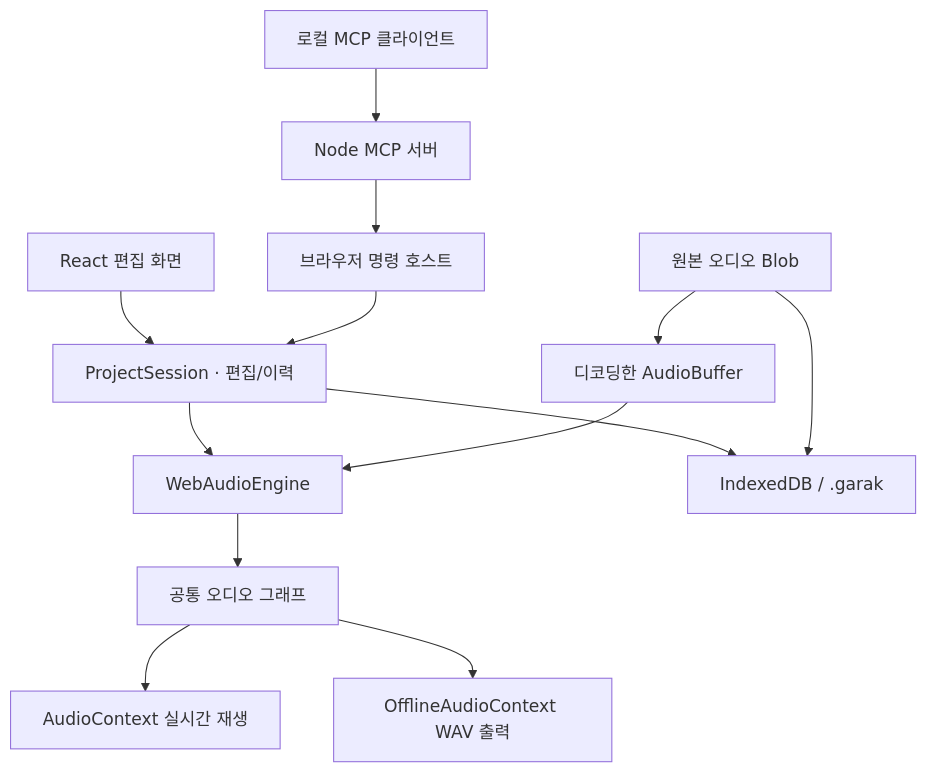
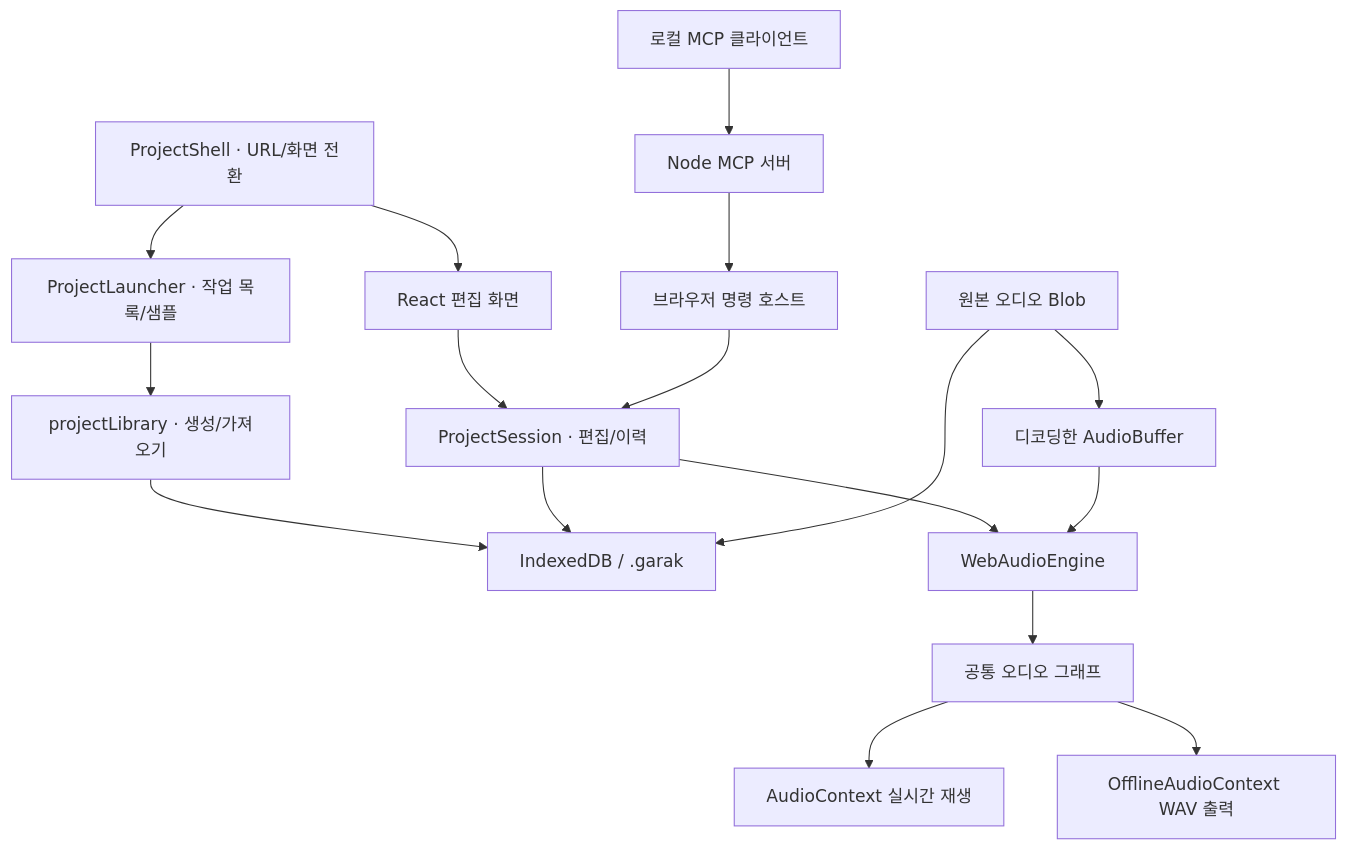
One commit to songchez/garak-ieum changed the diagram in docs/ARCHITECTURE.md. Above: the diagram before and after it, drawn with Mermaid. The commit also changed other lines of this file and 26 other files, not shown here.

Commit message:
feat: add project launcher, URL routing and three gugak arrangements

````diff
--- a/docs/ARCHITECTURE.md
+++ b/docs/ARCHITECTURE.md
@@ -9,15 +9,19 @@
 ```mermaid
 flowchart TD
+  Shell["ProjectShell · URL/화면 전환"] --> L["ProjectLauncher · 작업 목록/샘플"]
+  Shell --> UI
+  L --> Create["projectLibrary · 생성/가져오기"]
+  Create --> S
   UI["React 편집 화면"] --> P["ProjectSession · 편집/이력"]
   AI["로컬 MCP 클라이언트"] --> M["Node MCP 서버"]
   M --> H["브라우저 명령 호스트"]
   H --> P
   P --> E["WebAudioEngine"]
   P --> S["IndexedDB / .garak"]
   A["원본 오디오 Blob"] --> S
   A --> B["디코딩한 AudioBuffer"]
   B --> E
   E --> G["공통 오디오 그래프"]
   G --> R["AudioContext 실시간 재생"]
   G --> O["OfflineAudioContext WAV 출력"]
 ```
````
